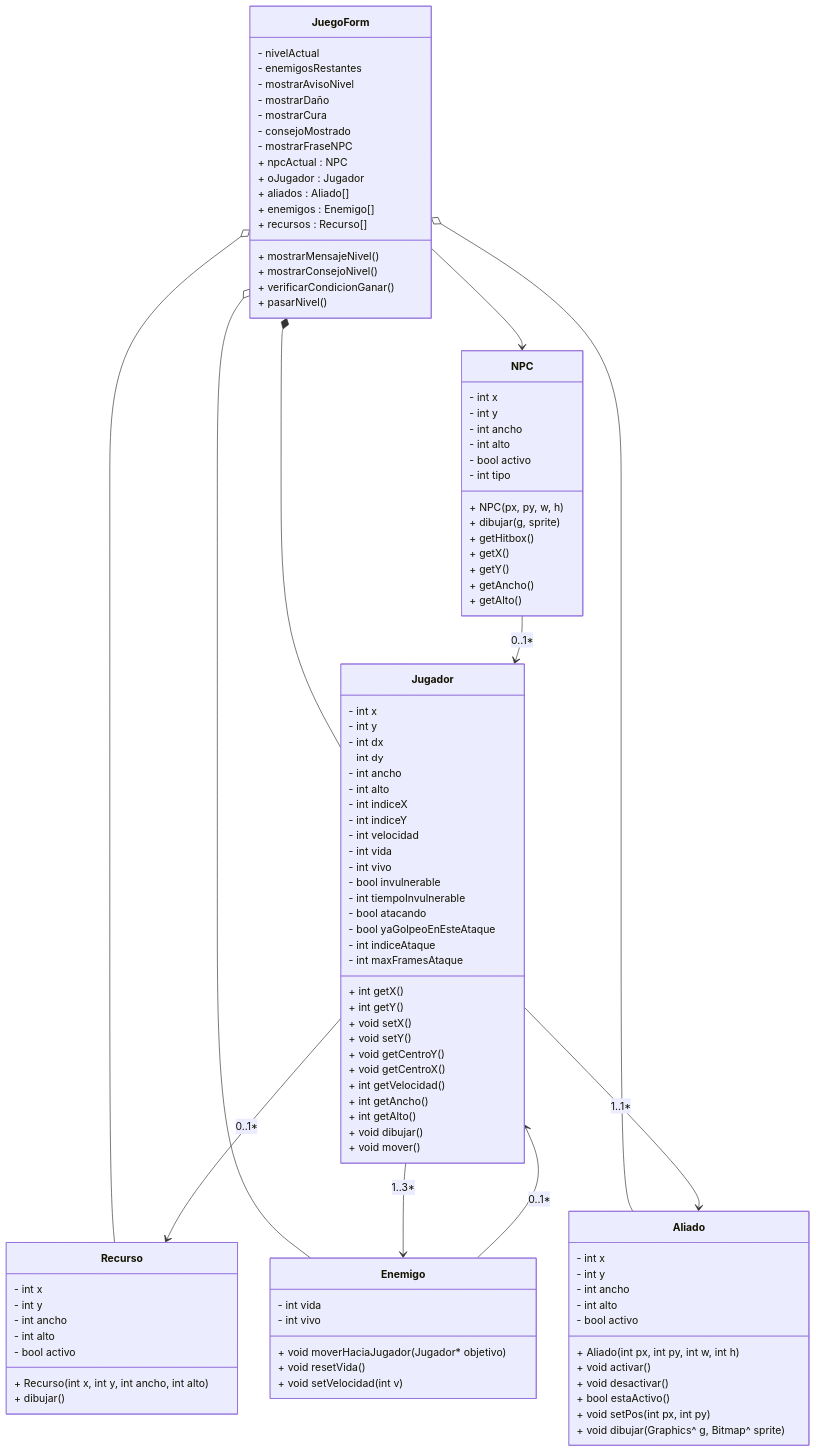
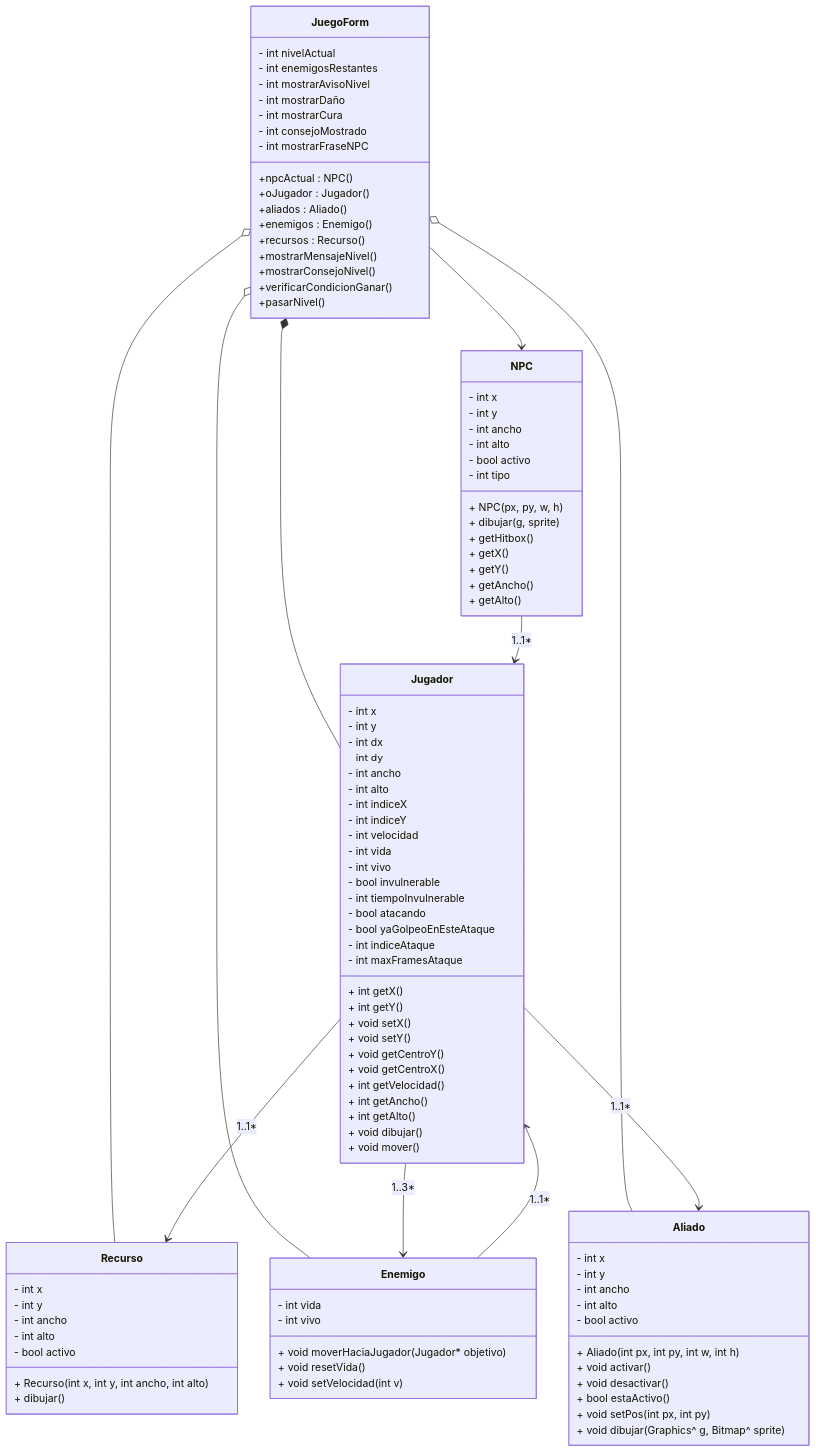
One commit to ismasscs51/algoritmos_group03_tf changed the diagram in INFORME.md. Above: the diagram before and after it, drawn with Mermaid.

````diff
--- a/INFORME.md
+++ b/INFORME.md
@@ -228,22 +228,23 @@
 }
 
 class JuegoForm {
-- nivelActual
-- enemigosRestantes
-- mostrarAvisoNivel
-- mostrarDaño
-- mostrarCura
-- consejoMostrado
-- mostrarFraseNPC
-+ npcActual : NPC
-+ oJugador : Jugador
-+ aliados : Aliado[]
-+ enemigos : Enemigo[]
-+ recursos : Recurso[]
-+ mostrarMensajeNivel()
-+ mostrarConsejoNivel()
-+ verificarCondicionGanar()
-+ pasarNivel()
+- int nivelActual
+- int enemigosRestantes
+- int mostrarAvisoNivel
+- int mostrarDaño
+- int mostrarCura
+- int consejoMostrado
+- int mostrarFraseNPC
+
++npcActual : NPC()
++oJugador : Jugador()
++aliados : Aliado()
++enemigos : Enemigo()
++recursos : Recurso()
++mostrarMensajeNivel()
++mostrarConsejoNivel()
++verificarCondicionGanar()
++pasarNivel()
 }
 
 JuegoForm *-- Jugador : 
@@ -252,11 +253,11 @@
 JuegoForm o-- Recurso : 
 JuegoForm --> NPC 
 
-Jugador --> Recurso : 0..1*
+Jugador --> Recurso : 1..1*
 Jugador --> Enemigo : 1..3*
 Jugador --> Aliado : 1..1*
 
-Enemigo --> Jugador : 0..1*
+Enemigo --> Jugador : 1..1*
 
-NPC --> Jugador : 0..1*
+NPC --> Jugador : 1..1*
 ```
````
